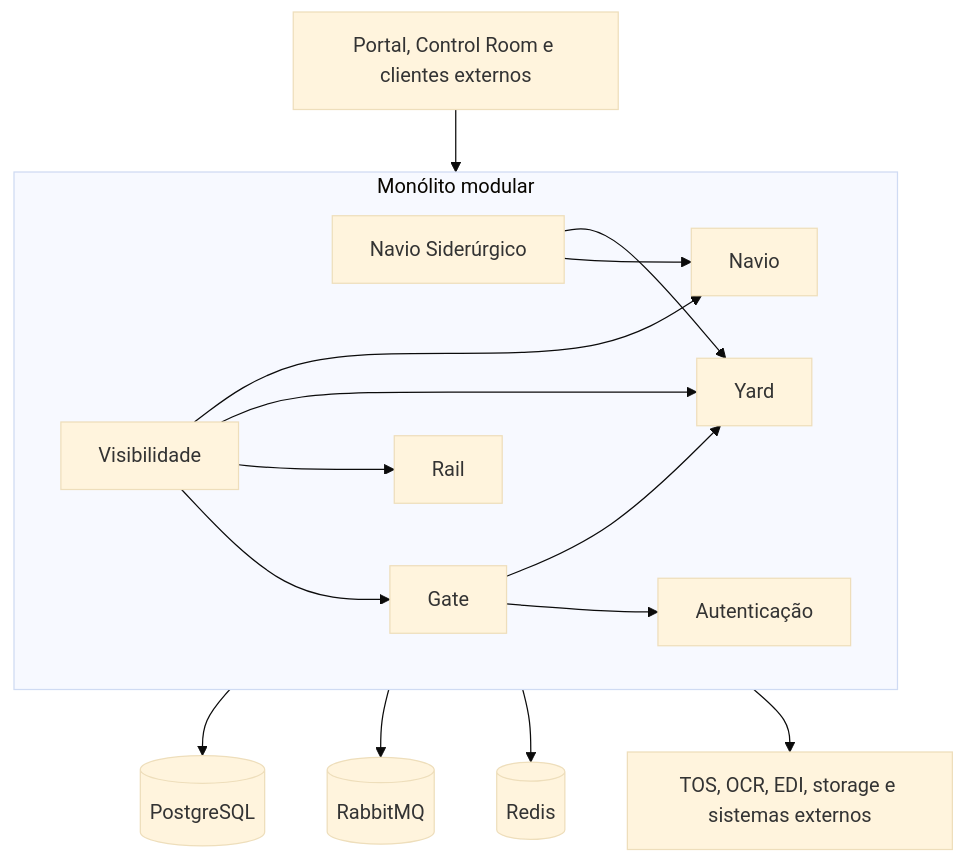
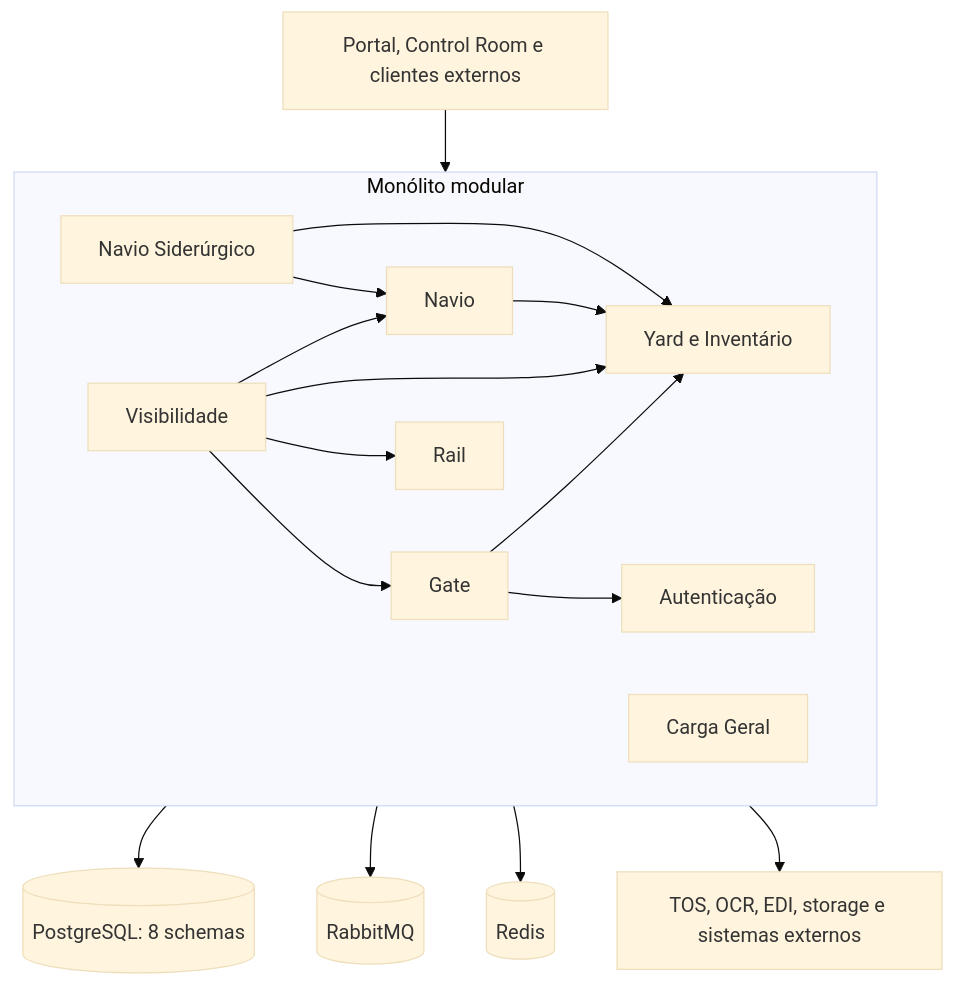
Before and after one commit to diogo2806/CloudPort: the diagram in docs/arquitetura-monolito-modular.md, drawn with Mermaid (base theme). The commit also changed other lines of this file, not shown here.

````diff
--- a/docs/arquitetura-monolito-modular.md
+++ b/docs/arquitetura-monolito-modular.md
@@ -58,28 +58,30 @@
 ```mermaid
 flowchart TB
     CLIENTES[Portal, Control Room e clientes externos] --> RUNTIME[cloudport-runtime]
 
     subgraph RUNTIME[Monólito modular]
         AUTH[Autenticação]
+        CGO[Carga Geral]
         GATE[Gate]
         RAIL[Rail]
         VIS[Visibilidade]
-        YARD[Yard]
+        YARD[Yard e Inventário]
         NAVIO[Navio]
-        SIDERURGICO[Navio Siderúrgico]
+        SID[Navio Siderúrgico]
 
-        SIDERURGICO --> NAVIO
-        SIDERURGICO --> YARD
+        SID --> NAVIO
+        SID --> YARD
+        NAVIO --> YARD
         GATE --> AUTH
         GATE --> YARD
         VIS --> GATE
         VIS --> RAIL
         VIS --> YARD
         VIS --> NAVIO
     end
 
-    RUNTIME --> POSTGRES[(PostgreSQL)]
+    RUNTIME --> POSTGRES[(PostgreSQL: 8 schemas)]
     RUNTIME --> RABBIT[(RabbitMQ)]
     RUNTIME --> REDIS[(Redis)]
     RUNTIME --> EXTERNOS[TOS, OCR, EDI, storage e sistemas externos]
 ```
````
